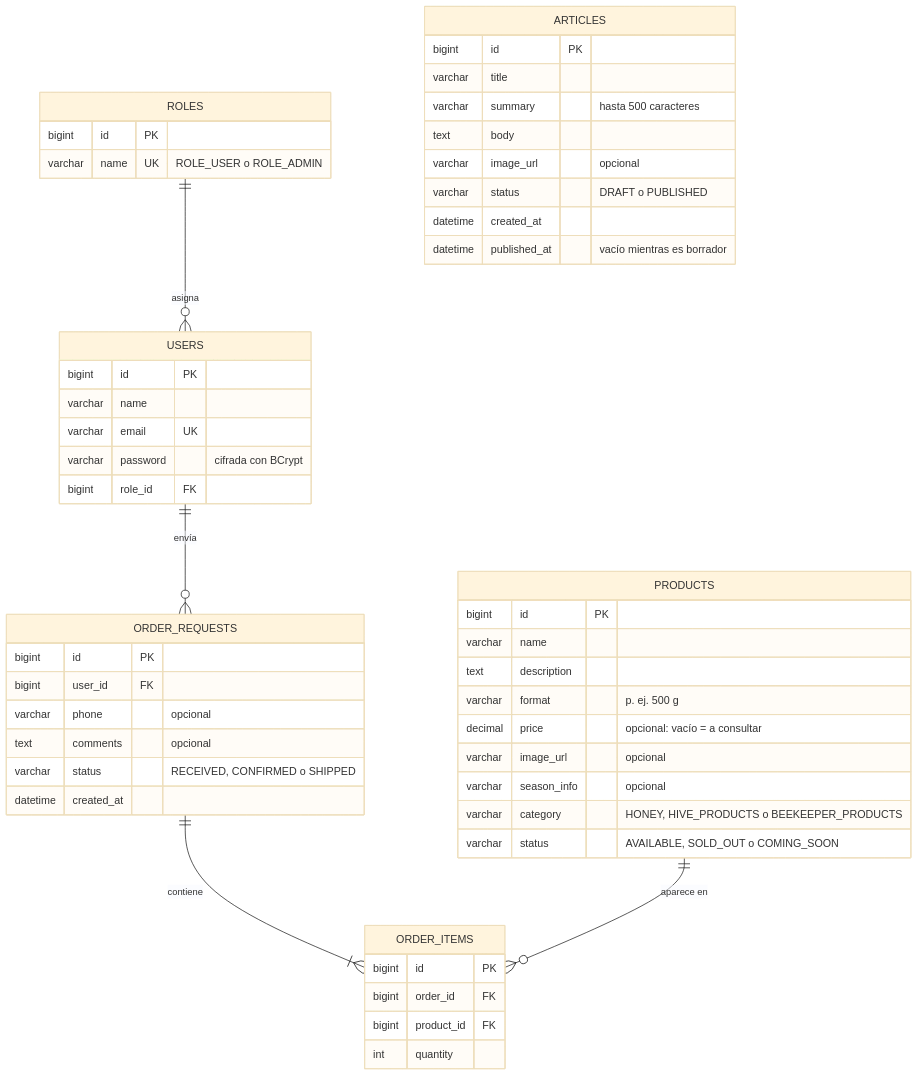
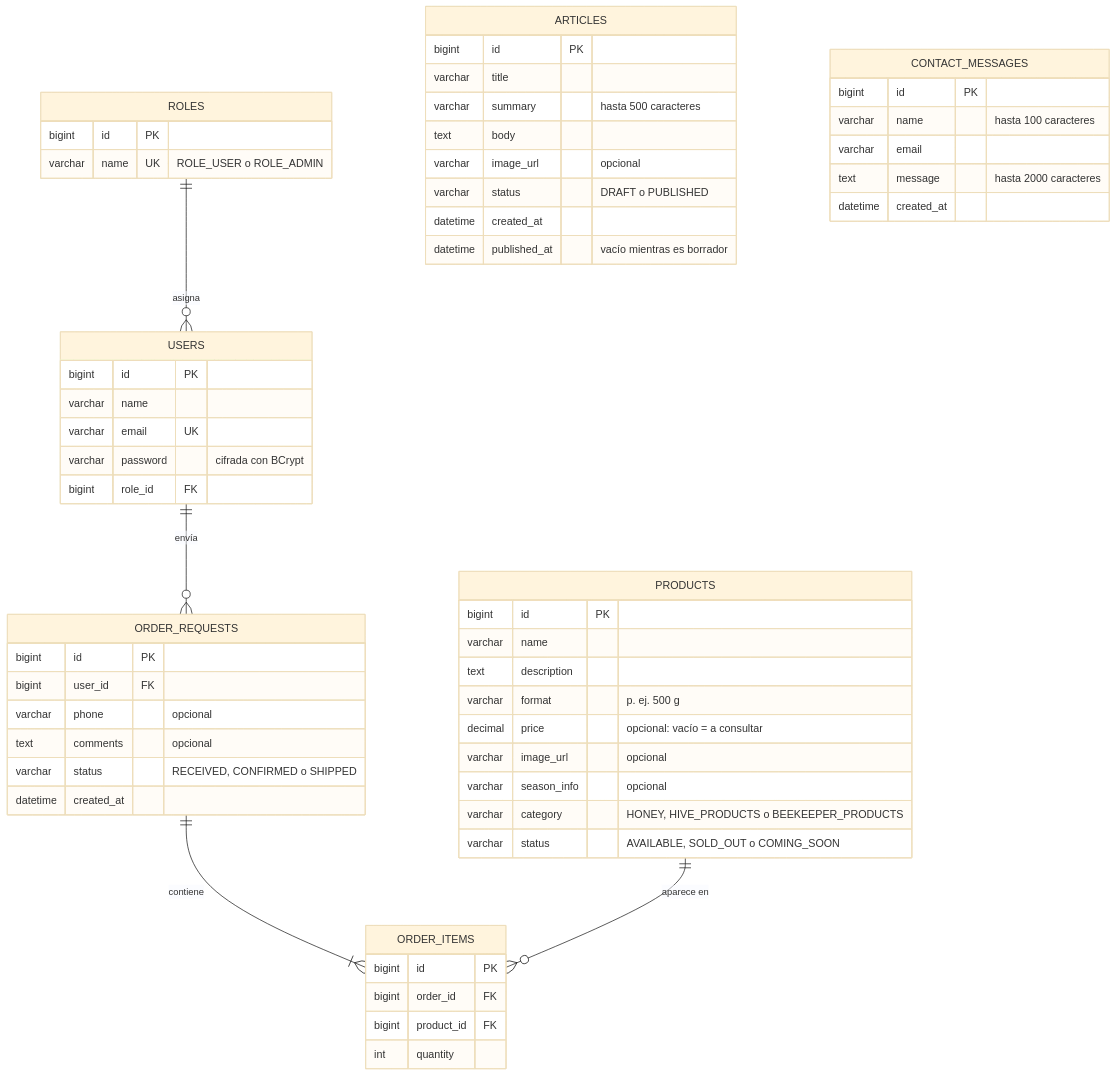
One commit to gmp395/mielchende-backend changed the first of 3 diagrams in README.md. Above: the diagram before and after it, drawn with Mermaid (base theme). The commit also changed other lines of this file and 2 other files, not shown here.

Commit message:
docs: update README with contact form, captcha and test coverage

````diff
--- a/README.md
+++ b/README.md
@@ -76,54 +80,61 @@
 ```mermaid
 erDiagram
     ROLES ||--o{ USERS : "asigna"
     USERS ||--o{ ORDER_REQUESTS : "envía"
     ORDER_REQUESTS ||--|{ ORDER_ITEMS : "contiene"
     PRODUCTS ||--o{ ORDER_ITEMS : "aparece en"
 
     ROLES {
         bigint id PK
         varchar name UK "ROLE_USER o ROLE_ADMIN"
     }
     USERS {
         bigint id PK
         varchar name
         varchar email UK
         varchar password "cifrada con BCrypt"
         bigint role_id FK
     }
     PRODUCTS {
         bigint id PK
         varchar name
         text description
         varchar format "p. ej. 500 g"
         decimal price "opcional: vacío = a consultar"
         varchar image_url "opcional"
         varchar season_info "opcional"
         varchar category "HONEY, HIVE_PRODUCTS o BEEKEEPER_PRODUCTS"
         varchar status "AVAILABLE, SOLD_OUT o COMING_SOON"
     }
     ORDER_REQUESTS {
         bigint id PK
         bigint user_id FK
         varchar phone "opcional"
         text comments "opcional"
         varchar status "RECEIVED, CONFIRMED o SHIPPED"
         datetime created_at
     }
     ORDER_ITEMS {
         bigint id PK
         bigint order_id FK
         bigint product_id FK
         int quantity
     }
     ARTICLES {
         bigint id PK
         varchar title
         varchar summary "hasta 500 caracteres"
         text body
         varchar image_url "opcional"
         varchar status "DRAFT o PUBLISHED"
         datetime created_at
         datetime published_at "vacío mientras es borrador"
     }
+    CONTACT_MESSAGES {
+        bigint id PK
+        varchar name "hasta 100 caracteres"
+        varchar email
+        text message "hasta 2000 caracteres"
+        datetime created_at
+    }
 ```
````
